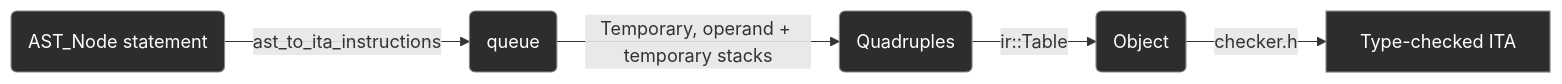
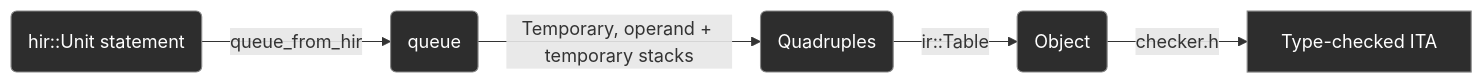
The diagram in credence/ir/README.md (jahan-addison/credence), drawn with Mermaid before and after one commit. The commit also changed other lines of this file and 212 other files, not shown here.

Commit message:
feat(frontend): formal flat AST and HIR lowering type checking, replacing previous language/ code

````diff
--- a/credence/ir/README.md
+++ b/credence/ir/README.md
@@ -7,13 +7,13 @@
 ```mermaid
 flowchart LR
-    A(AST_Node statement) -->|ast_to_ita_instructions| B(queue)
+    A(hir::Unit statement) -->|queue_from_hir| B(queue)
     B -->|Temporary, operand + temporary stacks| C(Quadruples)
     C -->|ir::Table| D(Object)
     D -->|checker.h| E[Type-checked ITA]
 
     style A fill:#2d2d2d,stroke:#888,color:#fff
     style B fill:#2d2d2d,stroke:#888,color:#fff
     style C fill:#2d2d2d,stroke:#888,color:#fff
     style D fill:#2d2d2d,stroke:#888,color:#fff
     style E fill:#2d2d2d,stroke:#888,color:#fff
 ```
````
